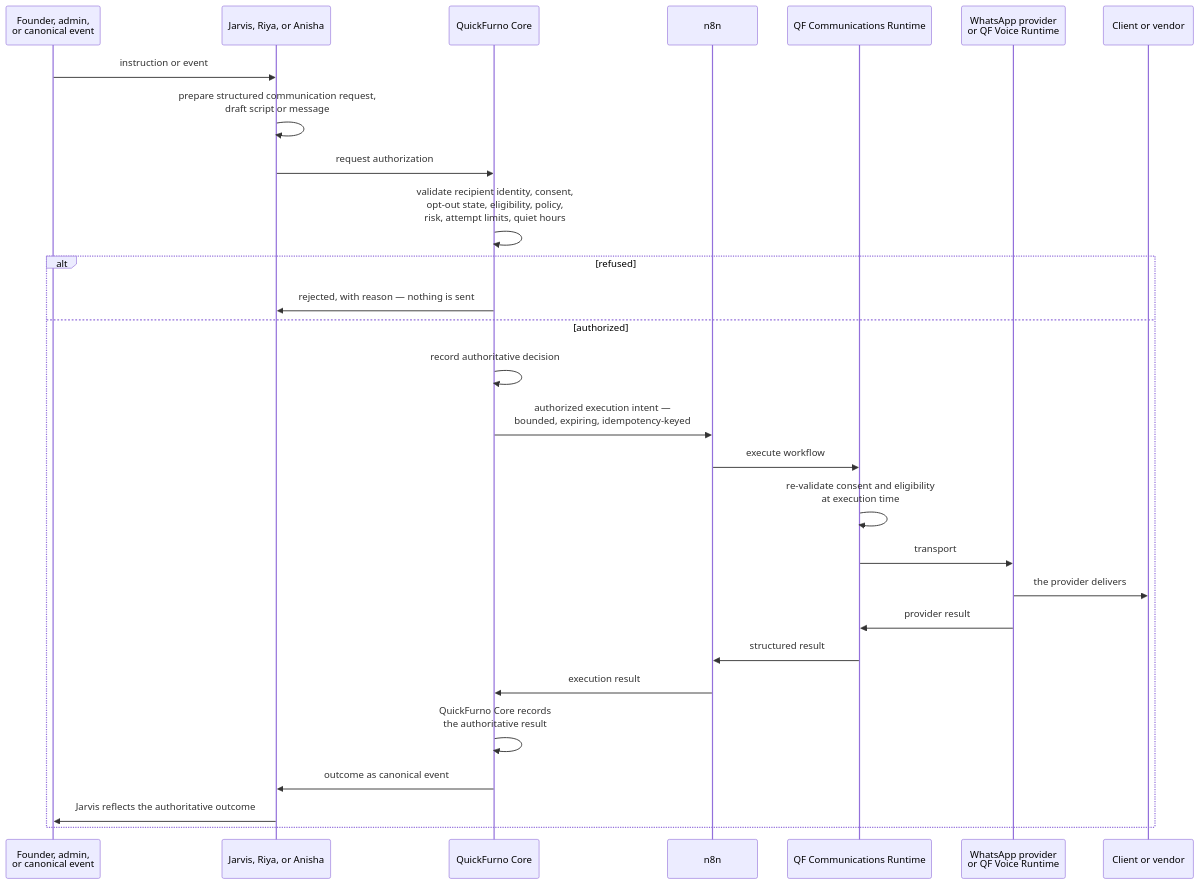
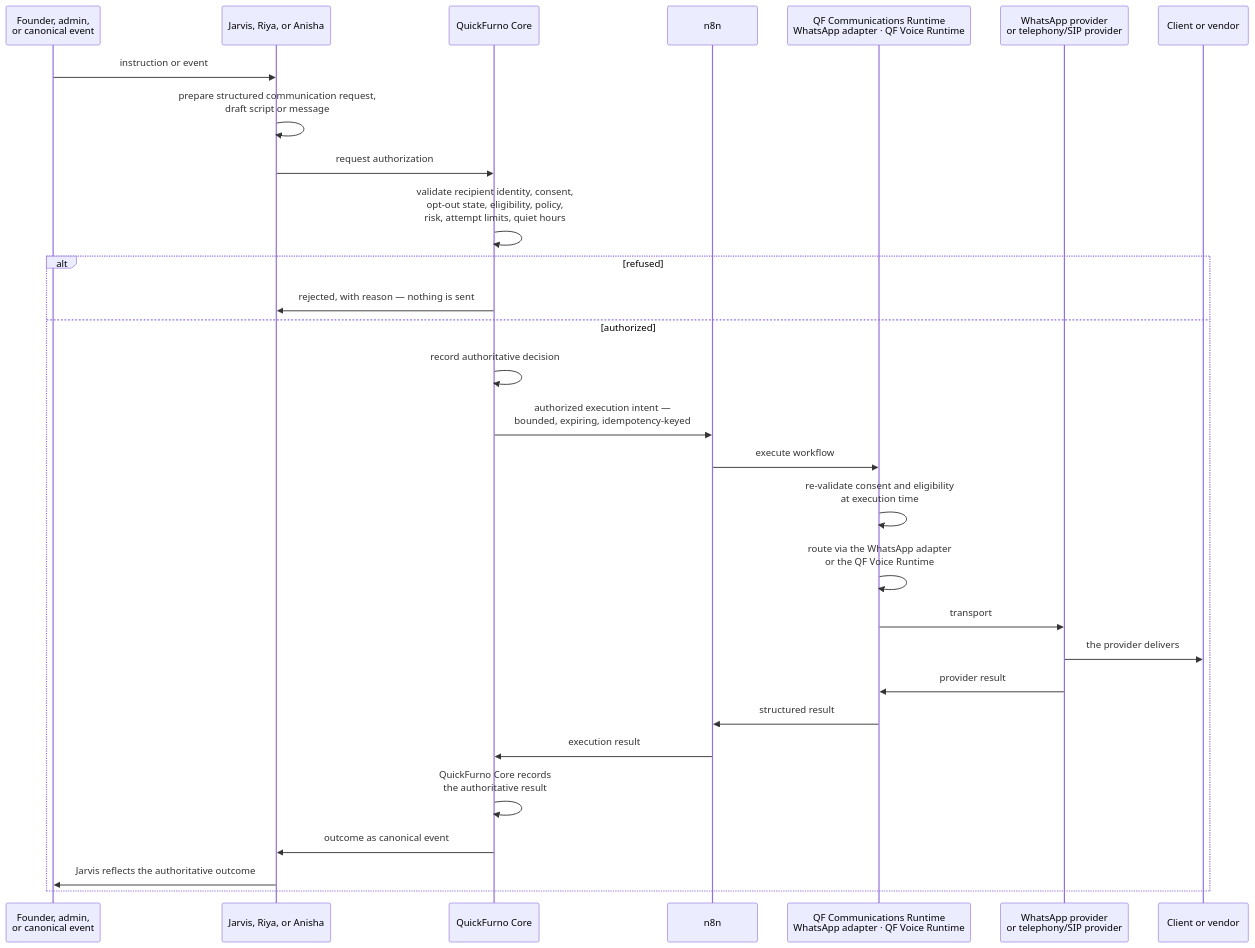
Before and after one commit to quickfurno-maker/qf-jarvis: the first of 2 diagrams in docs/architecture/communication-model.md, drawn with Mermaid. The commit also changed other lines of this file and 24 other files, not shown here.

Commit message:
docs: close QF Jarvis Phase 0 architecture review

````diff
--- a/docs/architecture/communication-model.md
+++ b/docs/architecture/communication-model.md
@@ -64,32 +64,33 @@
 ```mermaid
 sequenceDiagram
     participant Origin as Founder, admin,<br/>or canonical event
     participant Agent as Jarvis, Riya, or Anisha
     participant Core as QuickFurno Core
     participant N8N as n8n
-    participant Runtime as QF Communications Runtime
-    participant Provider as WhatsApp provider<br/>or QF Voice Runtime
+    participant Runtime as QF Communications Runtime<br/>WhatsApp adapter · QF Voice Runtime
+    participant Provider as WhatsApp provider<br/>or telephony/SIP provider
     participant Person as Client or vendor
 
     Origin->>Agent: instruction or event
     Agent->>Agent: prepare structured communication request,<br/>draft script or message
     Agent->>Core: request authorization
 
     Core->>Core: validate recipient identity, consent,<br/>opt-out state, eligibility, policy,<br/>risk, attempt limits, quiet hours
     alt refused
         Core->>Agent: rejected, with reason — nothing is sent
     else authorized
         Core->>Core: record authoritative decision
         Core->>N8N: authorized execution intent —<br/>bounded, expiring, idempotency-keyed
         N8N->>Runtime: execute workflow
         Runtime->>Runtime: re-validate consent and eligibility<br/>at execution time
+        Runtime->>Runtime: route via the WhatsApp adapter<br/>or the QF Voice Runtime
         Runtime->>Provider: transport
         Provider->>Person: the provider delivers
         Provider->>Runtime: provider result
         Runtime->>N8N: structured result
         N8N->>Core: execution result
         Core->>Core: QuickFurno Core records<br/>the authoritative result
         Core->>Agent: outcome as canonical event
         Agent->>Origin: Jarvis reflects the authoritative outcome
     end
 ```
````
